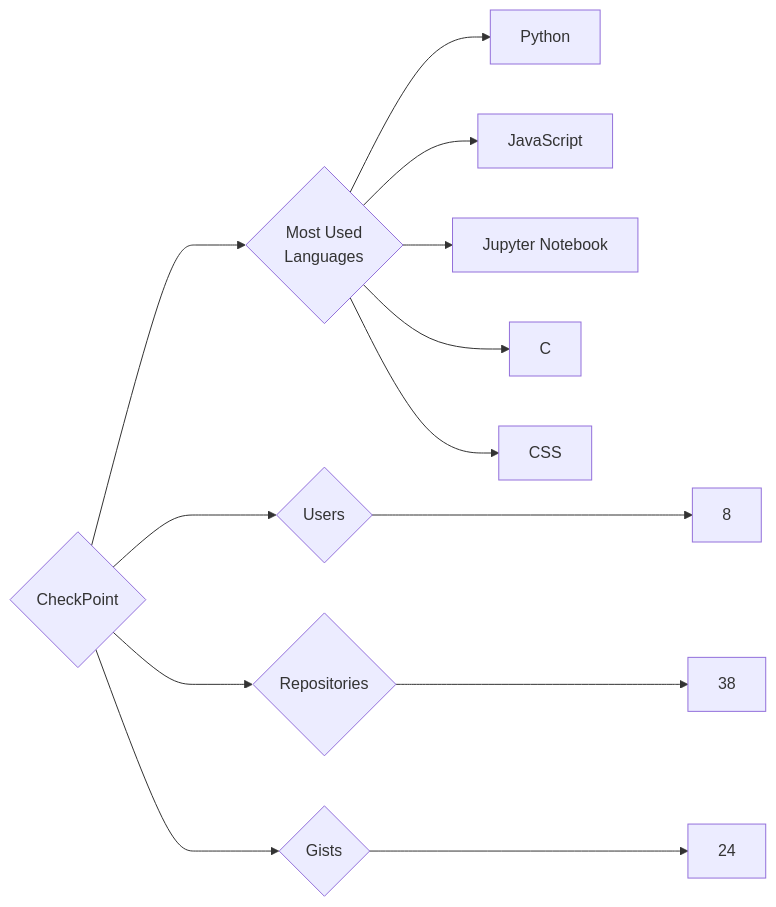
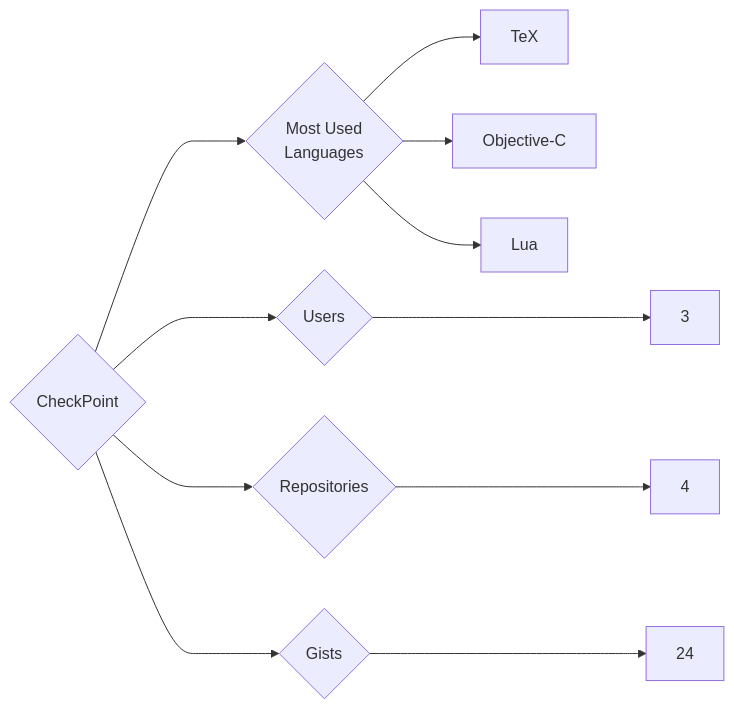
One commit to trickest/insiders changed the diagram in targets/CheckPoint/README.md. Above: the diagram before and after it, drawn with Mermaid. The commit also changed 1141 other files, not shown here.

````diff
--- a/targets/CheckPoint/README.md
+++ b/targets/CheckPoint/README.md
@@ -3,13 +3,11 @@
 ```mermaid
 graph LR
 COMPANY_NAME{CheckPoint}
-COMPANY_NAME ---> U{Users} ---> UN[8]
-COMPANY_NAME ---> R{Repositories} ---> RN[38]
+COMPANY_NAME ---> U{Users} ---> UN[3]
+COMPANY_NAME ---> R{Repositories} ---> RN[4]
 COMPANY_NAME ---> G{Gists} ---> GN[24]
 COMPANY_NAME ---> ML{Most Used<br>Languages}
-ML --> Python[Python]
-ML --> JavaScript[JavaScript]
-ML --> Jupyter_Notebook[Jupyter Notebook]
-ML --> C[C]
-ML --> CSS[CSS]
+ML --> TeX[TeX]
+ML --> Objective-C[Objective-C]
+ML --> Lua[Lua]
 ```
````
